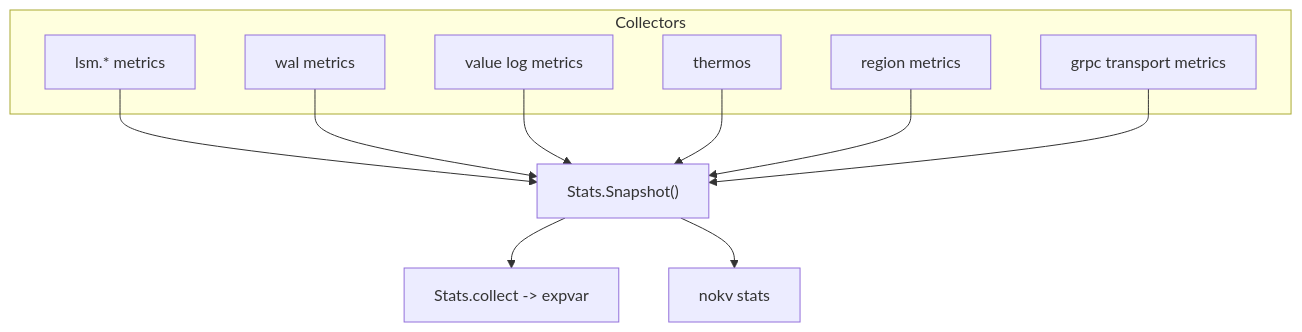
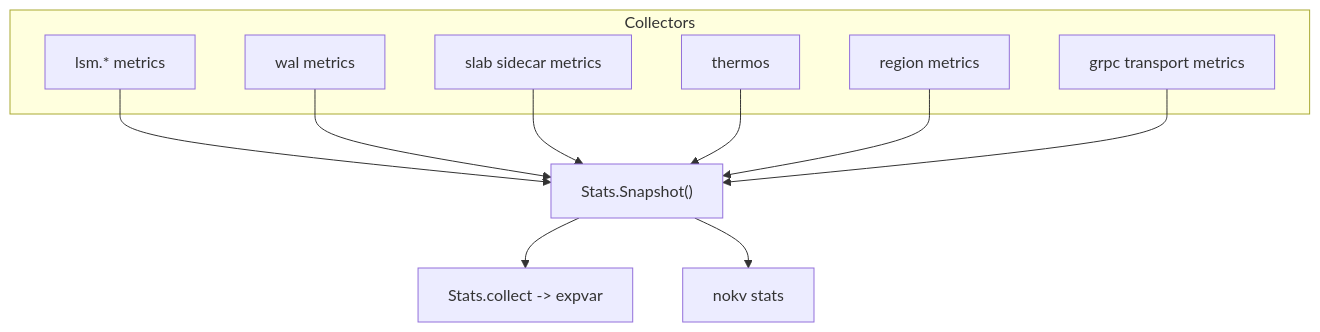
Before and after one commit to feichai0017/NoKV: the diagram in docs/stats.md, drawn with Mermaid. The commit also changed other lines of this file and 109 other files, not shown here.

Commit message:
refactor(engine): remove value log

````diff
--- a/docs/stats.md
+++ b/docs/stats.md
@@ -15,19 +15,19 @@
 ```mermaid
 flowchart TD
     subgraph COLLECTORS["Collectors"]
         LSM["lsm.* metrics"]
         WAL["wal metrics"]
-        VLOG["value log metrics"]
+        SLAB["slab sidecar metrics"]
         HOT["thermos"]
         REGION["region metrics"]
         TRANSPORT["grpc transport metrics"]
     end
     LSM --> SNAP["Stats.Snapshot()"]
     WAL --> SNAP
-    VLOG --> SNAP
+    SLAB --> SNAP
     HOT --> SNAP
     REGION --> SNAP
     TRANSPORT --> SNAP
     SNAP --> EXP["Stats.collect -> expvar"]
     SNAP --> CLI["nokv stats"]
 ```
````
